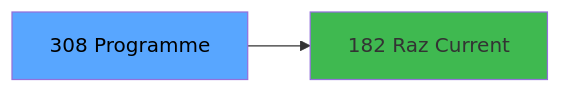
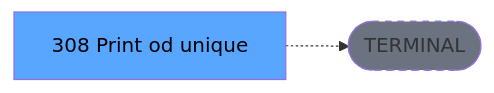
One commit to thonyAGP/lecteur-magic changed the third of 3 diagrams in .openspec/renders/ADH-IDE-308.md. Above: the diagram before and after it, drawn with Mermaid. The commit also changed other lines of this file and 701 other files, not shown here.

````diff
--- a/.openspec/renders/ADH-IDE-308.md
+++ b/.openspec/renders/ADH-IDE-308.md
@@ -129,8 +136,8 @@
 ```mermaid
 graph LR
-    T[308 Programme]
-    C182[182 Raz Current ]
-    T --> C182
+    T[308 Print od unique]
+    TERM([TERMINAL])
+    T -.-> TERM
+    style TERM fill:#6b7280,stroke-dasharray: 5 5
     style T fill:#58a6ff,color:#000
-    style C182 fill:#3fb950
 ```
````
